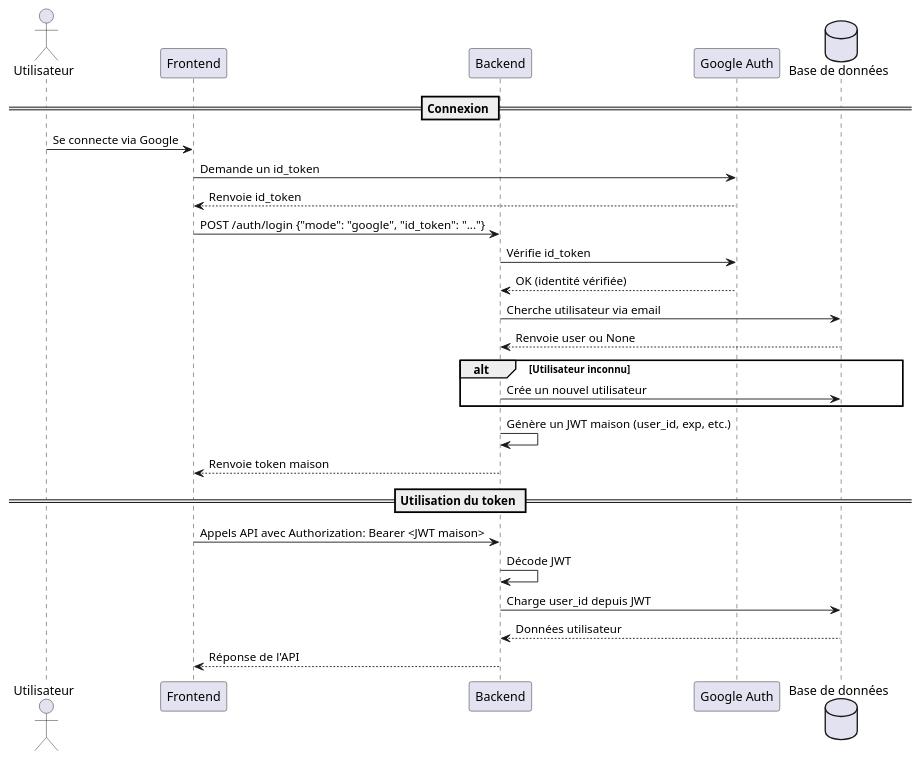
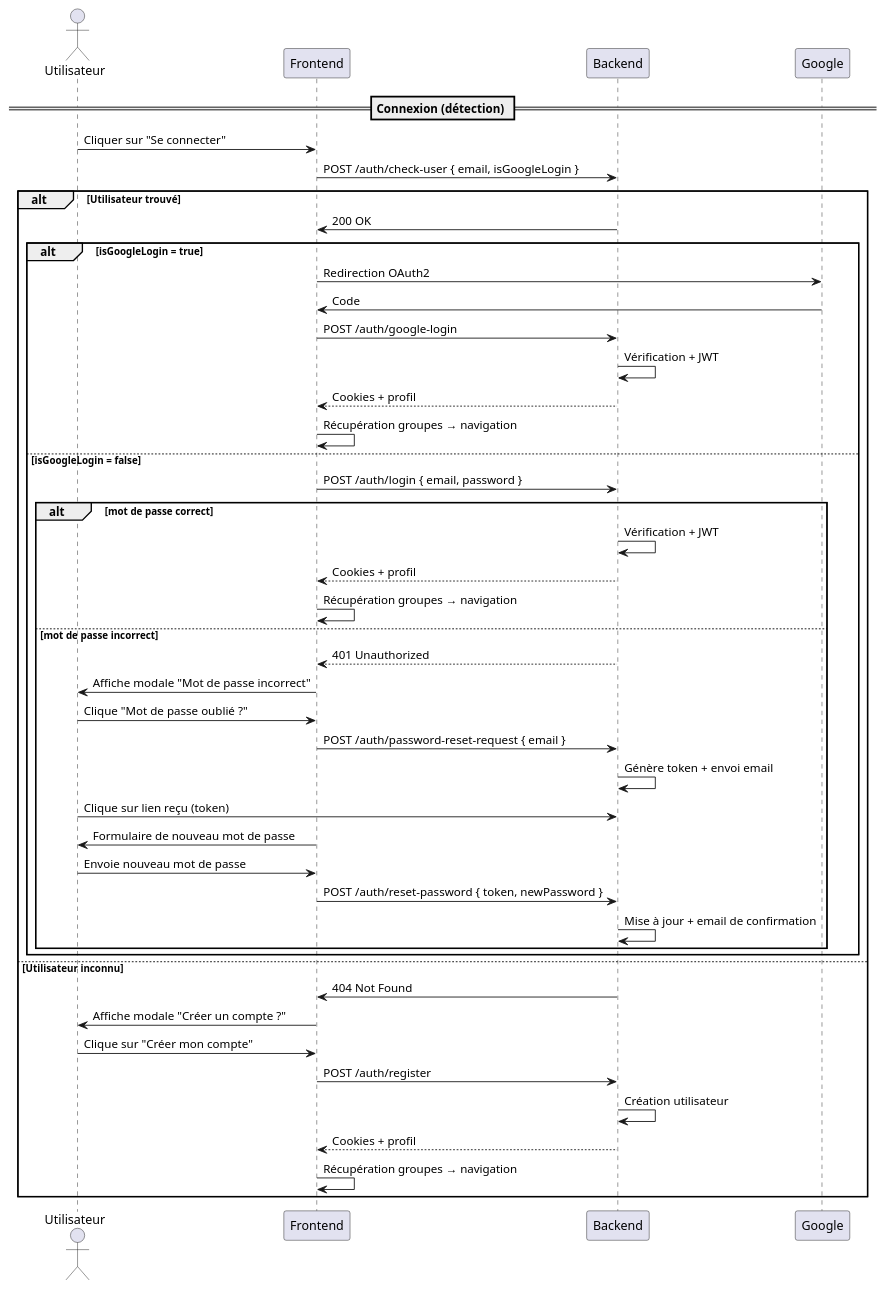
Before and after one commit to veroniquesermage/moments: the diagram in backend/docs/diagramme_sequence_connexion.puml, drawn with PlantUML. The commit also changed 1 other file, not shown here.

```diff
--- a/backend/docs/diagramme_sequence_connexion.puml
+++ b/backend/docs/diagramme_sequence_connexion.puml
@@ -1,36 +1,49 @@
 @startuml
-actor Utilisateur as User
-participant "Frontend" as FE
-participant "Backend" as BE
-participant "Google Auth" as Google
-database "Base de données" as DB
+actor Utilisateur
+participant Frontend
+participant Backend
 
-== Connexion ==
+== Connexion (détection) ==
+Utilisateur -> Frontend : Cliquer sur "Se connecter"
+Frontend -> Backend : POST /auth/check-user { email, isGoogleLogin }
 
-User -> FE : Se connecte via Google
-FE -> Google : Demande un id_token
-Google --> FE : Renvoie id_token
+alt Utilisateur trouvé
+  Backend -> Frontend : 200 OK
 
-FE -> BE : POST /auth/login {"mode": "google", "id_token": "..."}
+  alt isGoogleLogin = true
+    Frontend -> Google : Redirection OAuth2
+    Google -> Frontend : Code
+    Frontend -> Backend : POST /auth/google-login
+    Backend -> Backend : Vérification + JWT
+    Backend --> Frontend : Cookies + profil
+    Frontend -> Frontend : Récupération groupes → navigation
+  else isGoogleLogin = false
+    Frontend -> Backend : POST /auth/login { email, password }
+    alt mot de passe correct
+      Backend -> Backend : Vérification + JWT
+      Backend --> Frontend : Cookies + profil
+      Frontend -> Frontend : Récupération groupes → navigation
+    else mot de passe incorrect
+      Backend --> Frontend : 401 Unauthorized
+      Frontend -> Utilisateur : Affiche modale "Mot de passe incorrect"
+      Utilisateur -> Frontend : Clique "Mot de passe oublié ?"
+      Frontend -> Backend : POST /auth/password-reset-request { email }
+      Backend -> Backend : Génère token + envoi email
+      Utilisateur -> Backend : Clique sur lien reçu (token)
+      Frontend -> Utilisateur : Formulaire de nouveau mot de passe
+      Utilisateur -> Frontend : Envoie nouveau mot de passe
+      Frontend -> Backend : POST /auth/reset-password { token, newPassword }
+      Backend -> Backend : Mise à jour + email de confirmation
+    end
+  end
 
-BE -> Google : Vérifie id_token
-Google --> BE : OK (identité vérifiée)
-
-BE -> DB : Cherche utilisateur via email
-DB --> BE : Renvoie user ou None
-
-alt Utilisateur inconnu
-    BE -> DB : Crée un nouvel utilisateur
+else Utilisateur inconnu
+  Backend -> Frontend : 404 Not Found
+  Frontend -> Utilisateur : Affiche modale "Créer un compte ?"
+  Utilisateur -> Frontend : Clique sur "Créer mon compte"
+  Frontend -> Backend : POST /auth/register
+  Backend -> Backend : Création utilisateur
+  Backend --> Frontend : Cookies + profil
+  Frontend -> Frontend : Récupération groupes → navigation
 end
-
-BE -> BE : Génère un JWT maison (user_id, exp, etc.)
-BE --> FE : Renvoie token maison
-
-== Utilisation du token ==
-
-FE -> BE : Appels API avec Authorization: Bearer <JWT maison>
-BE -> BE : Décode JWT
-BE -> DB : Charge user_id depuis JWT
-DB --> BE : Données utilisateur
-BE --> FE : Réponse de l'API
 @enduml
```
